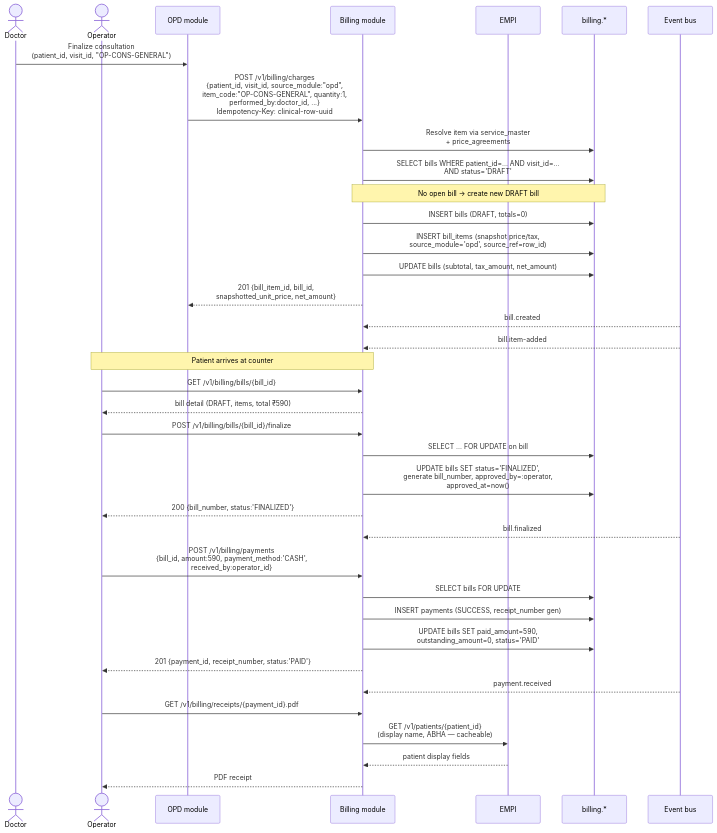
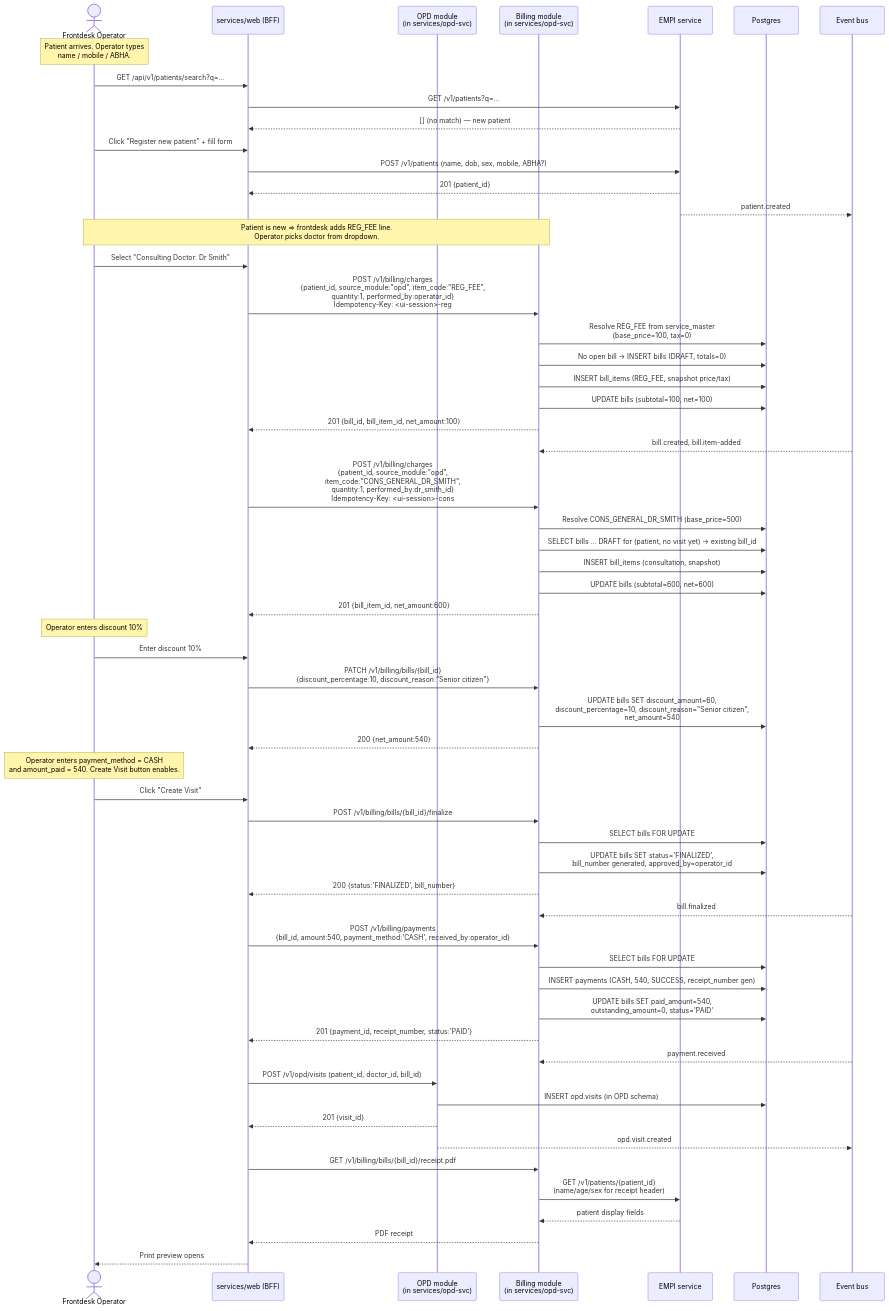
The first of 7 diagrams in docs/architecture/lld/billing/02-scenarios.md (IQ-Line/HospitalSaarthi), drawn with Mermaid before and after one commit. The commit also changed other lines of this file and 11 other files, not shown here.

````diff
--- a/docs/architecture/lld/billing/02-scenarios.md
+++ b/docs/architecture/lld/billing/02-scenarios.md
@@ -22,43 +24,69 @@
 ```mermaid
 sequenceDiagram
-    actor Doctor
-    actor Operator
-    participant OPD as OPD module
-    participant Billing as Billing module
-    participant EMPI
-    participant DB as billing.*
+    actor Operator as Frontdesk Operator
+    participant BFF as services/web (BFF)
+    participant OPD as OPD module<br/>(in services/opd-svc)
+    participant Billing as Billing module<br/>(in services/opd-svc)
+    participant EMPI as EMPI service
+    participant DB as Postgres
     participant Bus as Event bus
 
-    Doctor->>OPD: Finalize consultation<br/>(patient_id, visit_id, "OP-CONS-GENERAL")
-    OPD->>Billing: POST /v1/billing/charges<br/>{patient_id, visit_id, source_module:"opd",<br/> item_code:"OP-CONS-GENERAL", quantity:1,<br/> performed_by:doctor_id, ...}<br/>Idempotency-Key: clinical-row-uuid
-    Billing->>DB: Resolve item via service_master<br/>+ price_agreements
-    Billing->>DB: SELECT bills WHERE patient_id=... AND visit_id=...<br/>AND status='DRAFT'
-    Note over Billing,DB: No open bill → create new DRAFT bill
-    Billing->>DB: INSERT bills (DRAFT, totals=0)
-    Billing->>DB: INSERT bill_items (snapshot price/tax,<br/>source_module='opd', source_ref=row_id)
-    Billing->>DB: UPDATE bills (subtotal, tax_amount, net_amount)
-    Billing-->>OPD: 201 {bill_item_id, bill_id,<br/>snapshotted_unit_price, net_amount}
-    Bus-->>Billing: bill.created
-    Bus-->>Billing: bill.item-added
+    Note over Operator: Patient arrives. Operator types<br/>name / mobile / ABHA.
+    Operator->>BFF: GET /api/v1/patients/search?q=...
+    BFF->>EMPI: GET /v1/patients?q=...
+    EMPI-->>BFF: [] (no match) — new patient
+    Operator->>BFF: Click "Register new patient" + fill form
+    BFF->>EMPI: POST /v1/patients (name, dob, sex, mobile, ABHA?)
+    EMPI-->>BFF: 201 {patient_id}
+    EMPI-->>Bus: patient.created
 
-    Note over Operator,Billing: Patient arrives at counter
-    Operator->>Billing: GET /v1/billing/bills/{bill_id}
-    Billing-->>Operator: bill detail (DRAFT, items, total ₹590)
-    Operator->>Billing: POST /v1/billing/bills/{bill_id}/finalize
-    Billing->>DB: SELECT ... FOR UPDATE on bill
-    Billing->>DB: UPDATE bills SET status='FINALIZED',<br/>generate bill_number, approved_by=:operator,<br/>approved_at=now()
-    Billing-->>Operator: 200 {bill_number, status:'FINALIZED'}
+    Note over Operator,Billing: Patient is new ⇒ frontdesk adds REG_FEE line.<br/>Operator picks doctor from dropdown.
+
+    Operator->>BFF: Select "Consulting Doctor: Dr Smith"
+    BFF->>Billing: POST /v1/billing/charges<br/>{patient_id, source_module:"opd", item_code:"REG_FEE",<br/> quantity:1, performed_by:operator_id}<br/>Idempotency-Key: <ui-session>-reg
+    Billing->>DB: Resolve REG_FEE from service_master<br/>(base_price=100, tax=0)
+    Billing->>DB: No open bill → INSERT bills (DRAFT, totals=0)
+    Billing->>DB: INSERT bill_items (REG_FEE, snapshot price/tax)
+    Billing->>DB: UPDATE bills (subtotal=100, net=100)
+    Billing-->>BFF: 201 {bill_id, bill_item_id, net_amount:100}
+    Bus-->>Billing: bill.created, bill.item-added
+
+    BFF->>Billing: POST /v1/billing/charges<br/>{patient_id, source_module:"opd",<br/> item_code:"CONS_GENERAL_DR_SMITH",<br/> quantity:1, performed_by:dr_smith_id}<br/>Idempotency-Key: <ui-session>-cons
+    Billing->>DB: Resolve CONS_GENERAL_DR_SMITH (base_price=500)
+    Billing->>DB: SELECT bills ... DRAFT for (patient, no visit yet) → existing bill_id
+    Billing->>DB: INSERT bill_items (consultation, snapshot)
+    Billing->>DB: UPDATE bills (subtotal=600, net=600)
+    Billing-->>BFF: 201 {bill_item_id, net_amount:600}
+
+    Note over Operator: Operator enters discount 10%
+    Operator->>BFF: Enter discount 10%
+    BFF->>Billing: PATCH /v1/billing/bills/{bill_id}<br/>{discount_percentage:10, discount_reason:"Senior citizen"}
+    Billing->>DB: UPDATE bills SET discount_amount=60,<br/>discount_percentage=10, discount_reason="Senior citizen",<br/>net_amount=540
+    Billing-->>BFF: 200 {net_amount:540}
+
+    Note over Operator: Operator enters payment_method = CASH<br/>and amount_paid = 540. Create Visit button enables.
+    Operator->>BFF: Click "Create Visit"
+    BFF->>Billing: POST /v1/billing/bills/{bill_id}/finalize
+    Billing->>DB: SELECT bills FOR UPDATE
+    Billing->>DB: UPDATE bills SET status='FINALIZED',<br/>bill_number generated, approved_by=operator_id
+    Billing-->>BFF: 200 {status:'FINALIZED', bill_number}
     Bus-->>Billing: bill.finalized
 
-    Operator->>Billing: POST /v1/billing/payments<br/>{bill_id, amount:590, payment_method:'CASH',<br/>received_by:operator_id}
+    BFF->>Billing: POST /v1/billing/payments<br/>{bill_id, amount:540, payment_method:'CASH', received_by:operator_id}
     Billing->>DB: SELECT bills FOR UPDATE
-    Billing->>DB: INSERT payments (SUCCESS, receipt_number gen)
-    Billing->>DB: UPDATE bills SET paid_amount=590,<br/>outstanding_amount=0, status='PAID'
-    Billing-->>Operator: 201 {payment_id, receipt_number, status:'PAID'}
+    Billing->>DB: INSERT payments (CASH, 540, SUCCESS, receipt_number gen)
+    Billing->>DB: UPDATE bills SET paid_amount=540,<br/>outstanding_amount=0, status='PAID'
+    Billing-->>BFF: 201 {payment_id, receipt_number, status:'PAID'}
     Bus-->>Billing: payment.received
 
-    Operator->>Billing: GET /v1/billing/receipts/{payment_id}.pdf
-    Billing->>EMPI: GET /v1/patients/{patient_id}<br/>(display name, ABHA — cacheable)
+    BFF->>OPD: POST /v1/opd/visits (patient_id, doctor_id, bill_id)
+    OPD->>DB: INSERT opd.visits (in OPD schema)
+    OPD-->>BFF: 201 {visit_id}
+    OPD-->>Bus: opd.visit.created
+
+    BFF->>Billing: GET /v1/billing/bills/{bill_id}/receipt.pdf
+    Billing->>EMPI: GET /v1/patients/{patient_id}<br/>(name/age/sex for receipt header)
     EMPI-->>Billing: patient display fields
-    Billing-->>Operator: PDF receipt
+    Billing-->>BFF: PDF receipt
+    BFF-->>Operator: Print preview opens
 ```
````
